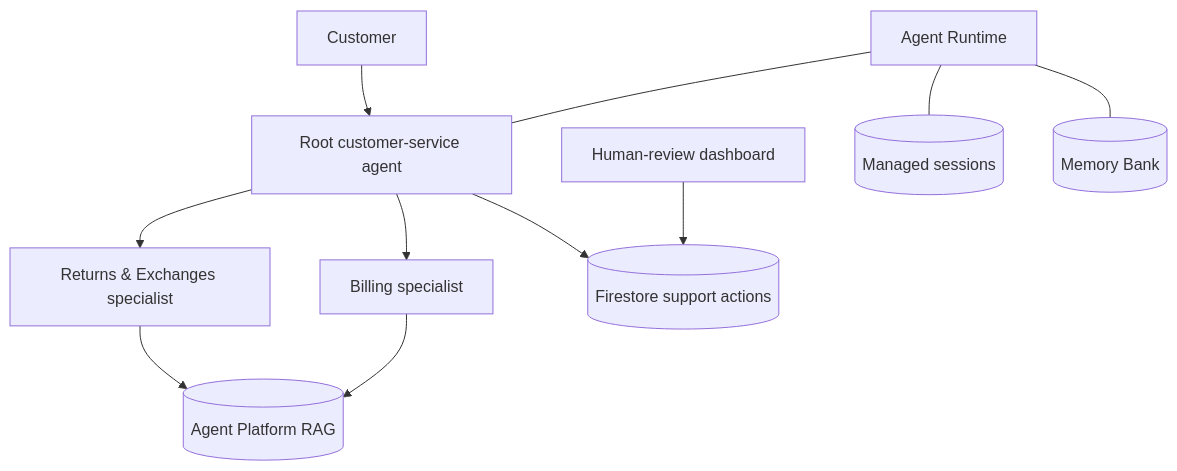
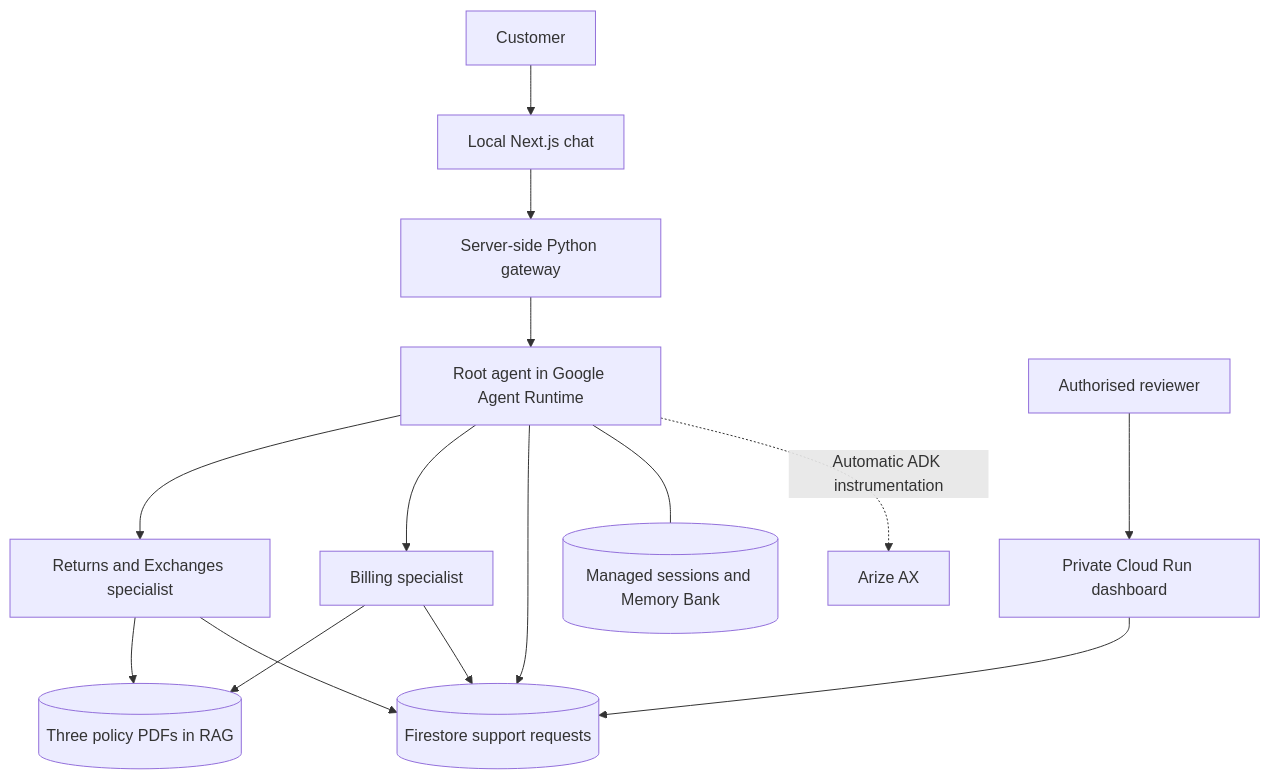
The diagram in README.md (abanerjee23/tarnfield-care), drawn with Mermaid before and after one commit. The commit also changed other lines of this file and 52 other files, not shown here.

First line of the commit message:
Add Tarnfield chat frontend and automatic Arize tracing

````diff
--- a/README.md
+++ b/README.md
@@ -39,13 +58,17 @@
 ```mermaid
 flowchart TD
-    Customer[Customer] --> Root[Root customer-service agent]
-    Root --> Returns[Returns & Exchanges specialist]
+    Customer[Customer] --> UI[Local Next.js chat]
+    UI --> Gateway[Server-side Python gateway]
+    Gateway --> Root[Root agent in Google Agent Runtime]
+    Root --> Returns[Returns and Exchanges specialist]
     Root --> Billing[Billing specialist]
-    Returns --> RAG[(Agent Platform RAG)]
+    Returns --> RAG[(Three policy PDFs in RAG)]
     Billing --> RAG
-    Root --> Firestore[(Firestore support actions)]
-    Dashboard[Human-review dashboard] --> Firestore
-    Runtime[Agent Runtime] --- Root
-    Runtime --- Sessions[(Managed sessions)]
-    Runtime --- Memory[(Memory Bank)]
+    Root --> Actions[(Firestore support requests)]
+    Returns --> Actions
+    Billing --> Actions
+    Reviewer[Authorised reviewer] --> Ops[Private Cloud Run dashboard]
+    Ops --> Actions
+    Root --- Sessions[(Managed sessions and Memory Bank)]
+    Root -. Automatic ADK instrumentation .-> Arize[Arize AX]
 ```
````
